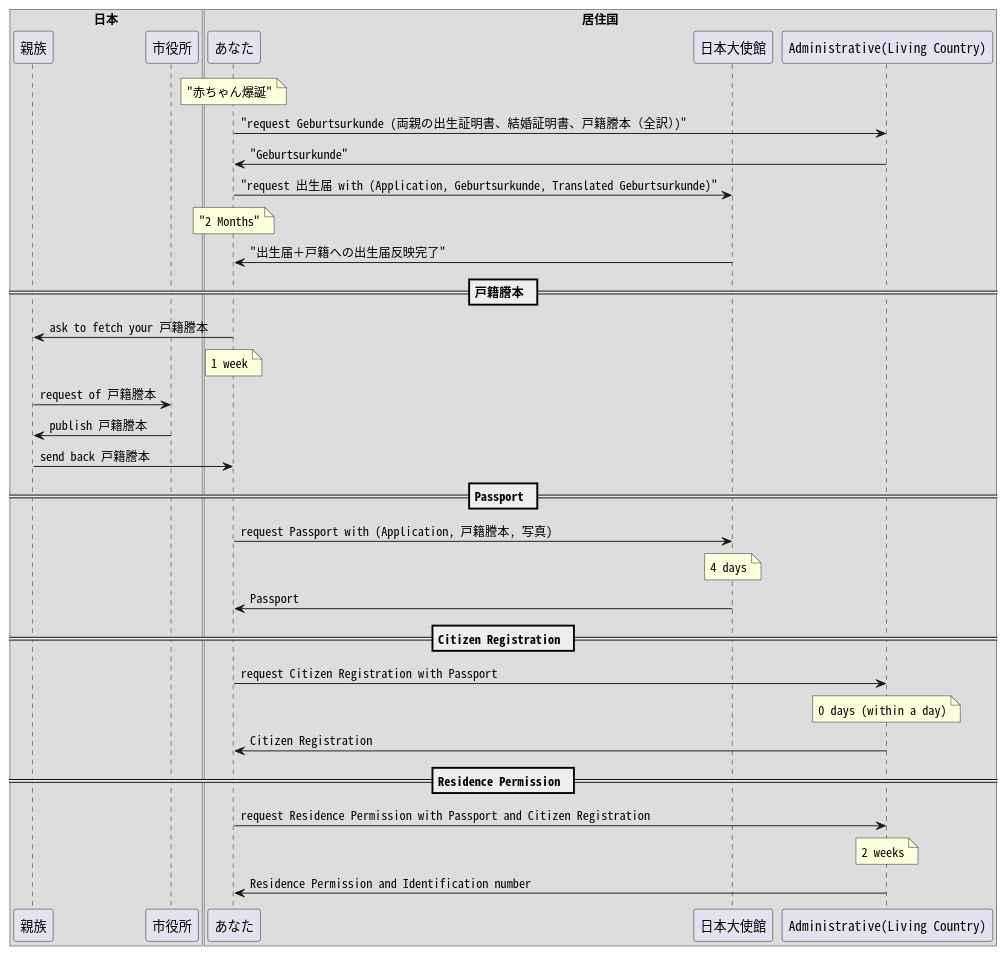
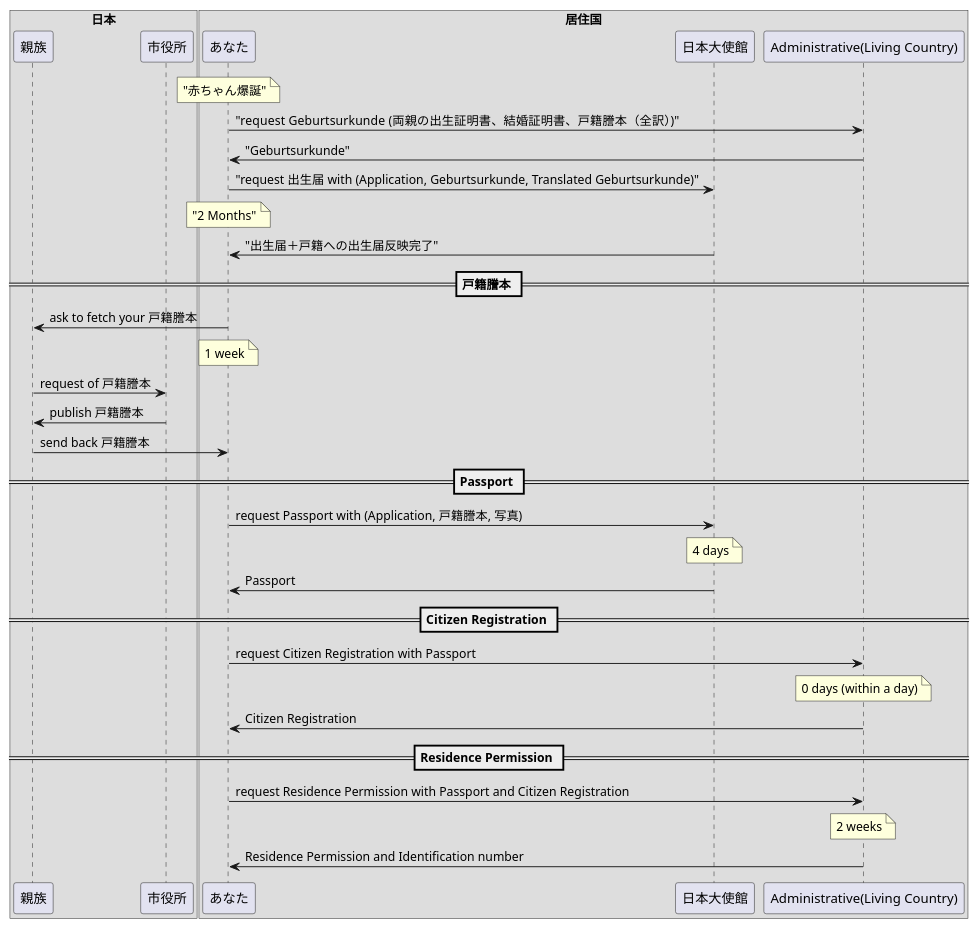
Before and after one commit to camparijet/camparijet.github.io: the first of 3 diagrams in japanese-blog/index.org, drawn with PlantUML. The commit also changed other lines of this file and 20 other files, not shown here.

```diff
--- a/japanese-blog/index.org
+++ b/japanese-blog/index.org
@@ -541,38 +542,38 @@
   #+begin_src plantuml :file images/ja_sequence_baby_authorization.png
-  skinparam defaultFontName "Noto Sans Mono CJK JP"
+  skinparam defaultFontName Ricty
   box "日本"
   participant "親族" as Family
   participant "市役所" as origin
   end box
 
   box "居住国"
   participant "あなた" as You
   participant "日本大使館" as Embassy
   participant "Administrative(Living Country)" as living
   end box
 
   note over You: "赤ちゃん爆誕"
   You->living: "request Geburtsurkunde (両親の出生証明書、結婚証明書、戸籍謄本（全訳）)"
   living->You: "Geburtsurkunde"
   You->Embassy: "request 出生届 with (Application, Geburtsurkunde, Translated Geburtsurkunde)"
   note over You: "2 Months"
   Embassy->You: "出生届＋戸籍への出生届反映完了"
   == 戸籍謄本 ==
   You->Family: ask to fetch your 戸籍謄本
   note over You: 1 week
   Family->origin: request of 戸籍謄本
   origin->Family: publish 戸籍謄本
   Family->You: send back 戸籍謄本
   == Passport ==
   You->Embassy: request Passport with (Application, 戸籍謄本, 写真)
   note over Embassy: 4 days
   Embassy->You: Passport
   == Citizen Registration ==
   You->living: request Citizen Registration with Passport
   note over living: 0 days (within a day)
   living->You: Citizen Registration
   == Residence Permission ==
   You->living: request Residence Permission with Passport and Citizen Registration
   note over living: 2 weeks
   living->You: Residence Permission and Identification number
   #+end_src
```
